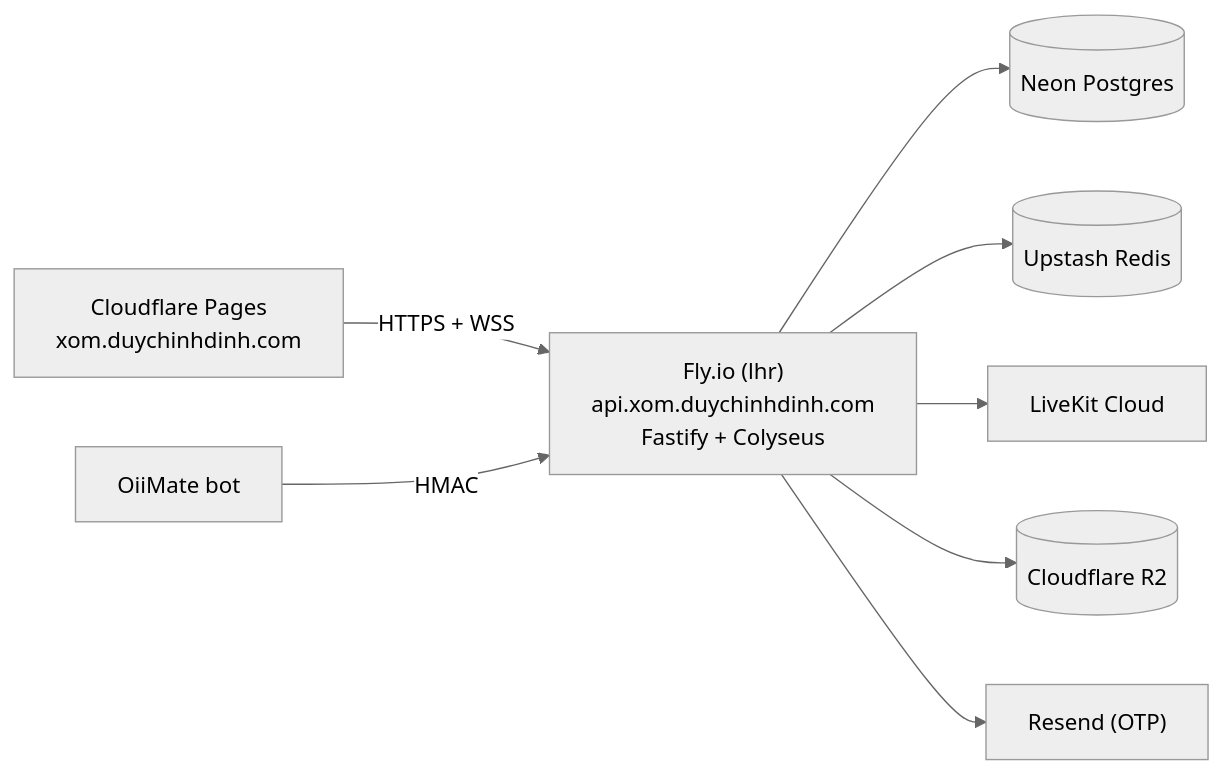
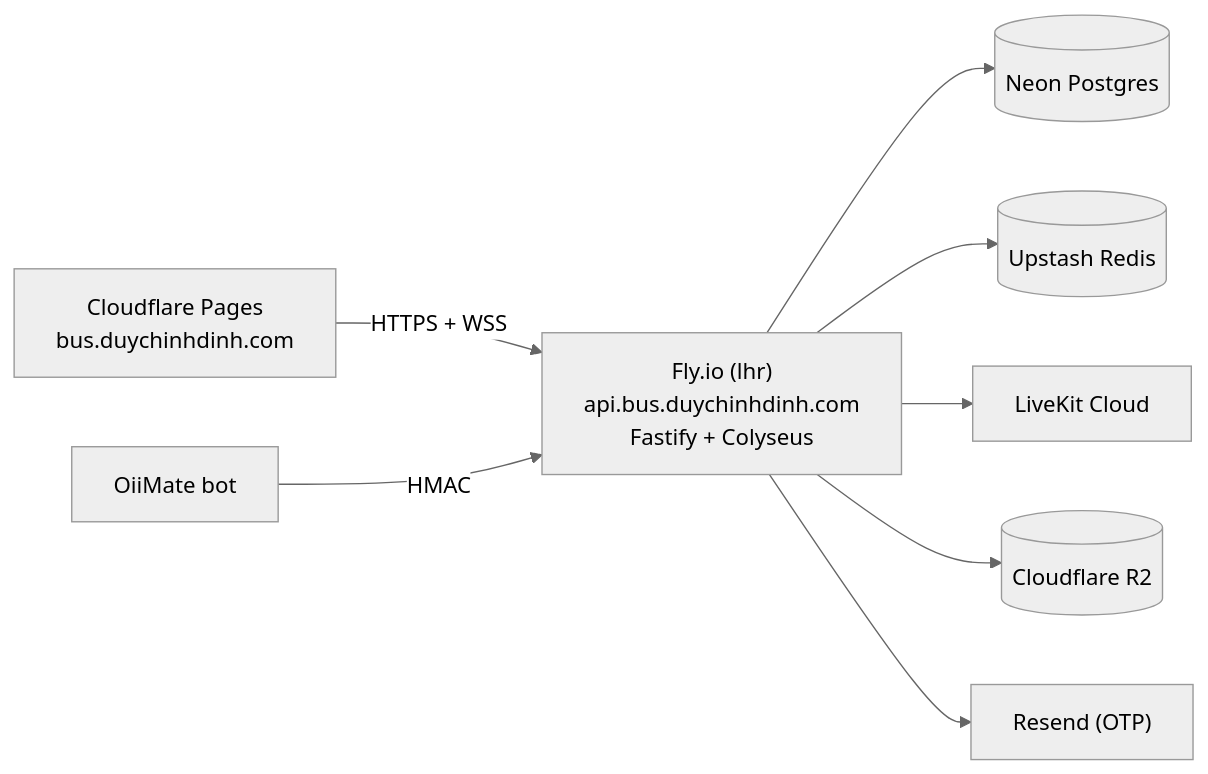
Before and after one commit to tonyfromvietnam/oii-bus: the diagram in docs/DEPLOY.md, drawn with Mermaid (neutral theme). The commit also changed other lines of this file and 46 other files, not shown here.

````diff
--- a/docs/DEPLOY.md
+++ b/docs/DEPLOY.md
@@ -27,10 +27,10 @@
 ```mermaid
 flowchart LR
-  W["Cloudflare Pages<br/>xom.duychinhdinh.com"] -->|HTTPS + WSS| S["Fly.io (lhr)<br/>api.xom.duychinhdinh.com<br/>Fastify + Colyseus"]
+  W["Cloudflare Pages<br/>bus.duychinhdinh.com"] -->|HTTPS + WSS| S["Fly.io (lhr)<br/>api.bus.duychinhdinh.com<br/>Fastify + Colyseus"]
   S --> PG[("Neon Postgres")]
   S --> RD[("Upstash Redis")]
   S --> LK["LiveKit Cloud"]
   S --> R2[("Cloudflare R2")]
   S --> RS["Resend (OTP)"]
   BOT["OiiMate bot"] -->|HMAC| S
 ```
````
